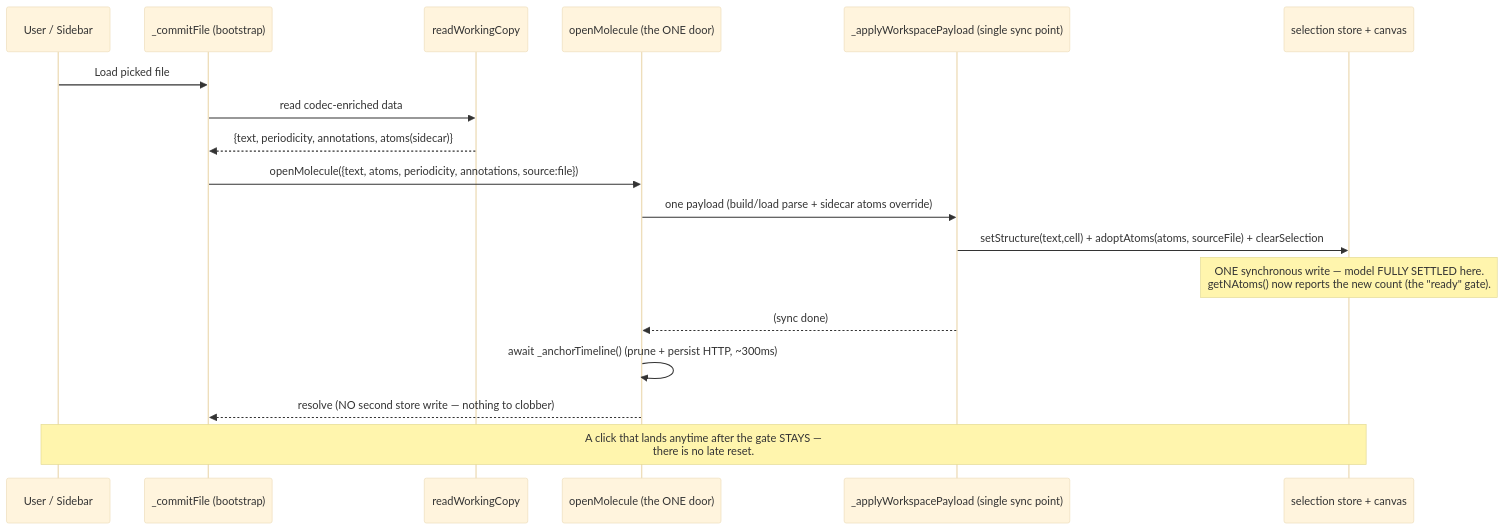
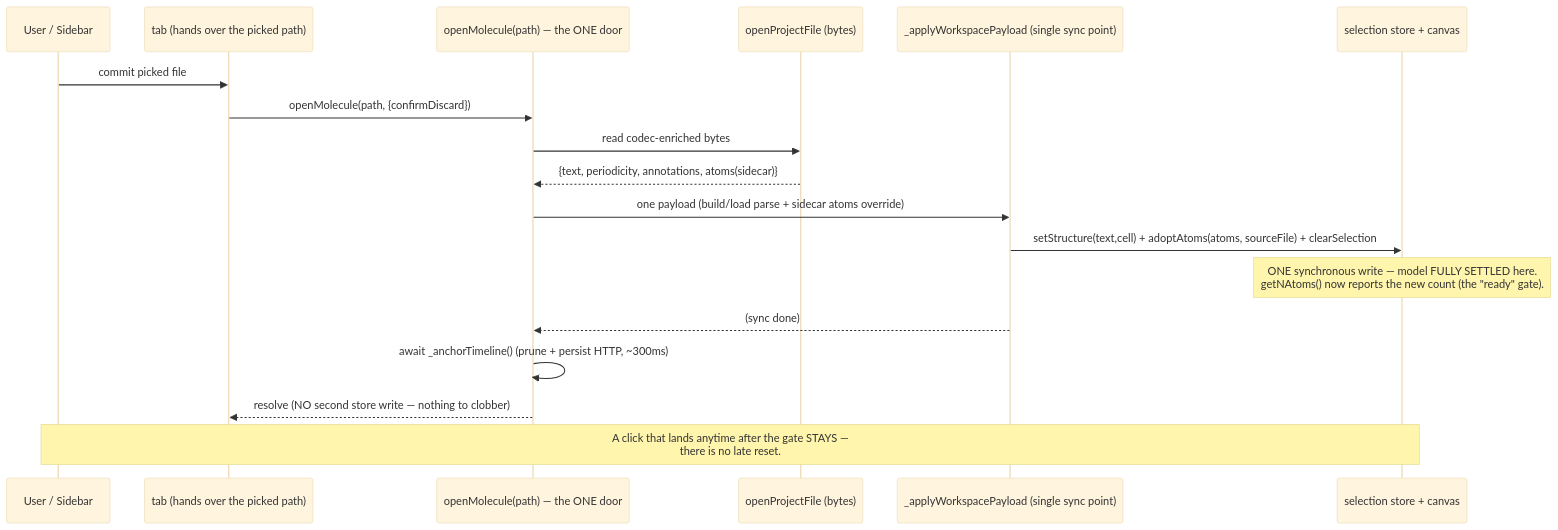
One commit to Qing-LAB/molbuilder changed the ninth of 10 diagrams in docs/protocols/molview-module.md. Above: the diagram before and after it, drawn with Mermaid (base theme). The commit also changed other lines of this file and 10 other files, not shown here.

````diff
--- a/docs/protocols/molview-module.md
+++ b/docs/protocols/molview-module.md
@@ -1248,21 +1254,21 @@
 ```mermaid
 sequenceDiagram
     participant U as User / Sidebar
-    participant SB as _commitFile (bootstrap)
-    participant WC as readWorkingCopy
-    participant OM as openMolecule (the ONE door)
+    participant SB as tab (hands over the picked path)
+    participant OM as openMolecule(path) — the ONE door
+    participant OPF as openProjectFile (bytes)
     participant AP as _applyWorkspacePayload (single sync point)
     participant ST as selection store + canvas
 
-    U->>SB: Load picked file
-    SB->>WC: read codec-enriched data
-    WC-->>SB: {text, periodicity, annotations, atoms(sidecar)}
-    SB->>OM: openMolecule({text, atoms, periodicity, annotations, source:file})
+    U->>SB: commit picked file
+    SB->>OM: openMolecule(path, {confirmDiscard})
+    OM->>OPF: read codec-enriched bytes
+    OPF-->>OM: {text, periodicity, annotations, atoms(sidecar)}
     OM->>AP: one payload (build/load parse + sidecar atoms override)
     AP->>ST: setStructure(text,cell) + adoptAtoms(atoms, sourceFile) + clearSelection
     Note over ST: ONE synchronous write — model FULLY SETTLED here.<br/>getNAtoms() now reports the new count (the "ready" gate).
     AP-->>OM: (sync done)
     OM->>OM: await _anchorTimeline()  (prune + persist HTTP, ~300ms)
     OM-->>SB: resolve  (NO second store write — nothing to clobber)
     Note over U,ST: A click that lands anytime after the gate STAYS —<br/>there is no late reset.
 ```
````
